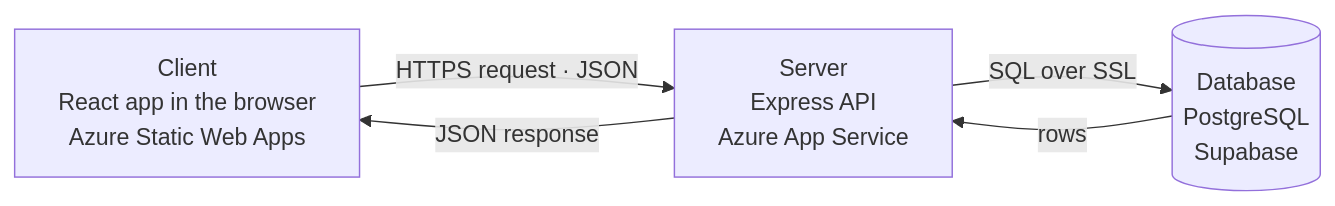
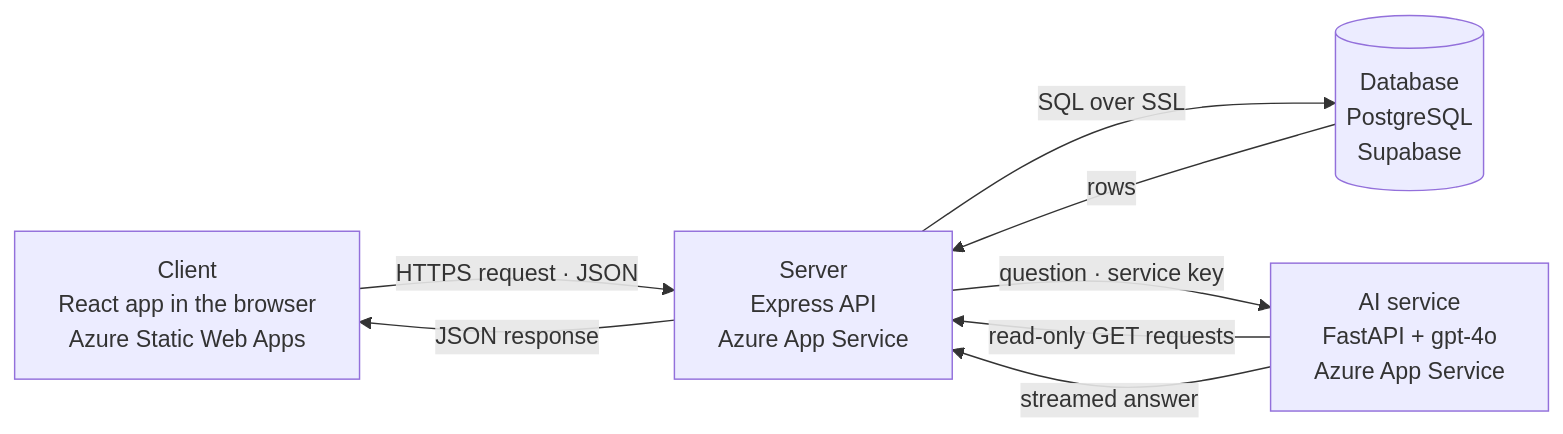
One commit to FlemingJohn/site-operation-dashboard changed the first of 3 diagrams in README.md. Above: the diagram before and after it, drawn with Mermaid. The commit also changed other lines of this file, not shown here.

Commit message:
docs: add the assets and ai service to the readme

````diff
--- a/README.md
+++ b/README.md
@@ -100,11 +112,15 @@
 ```mermaid
 flowchart LR
     C["Client<br/>React app in the browser<br/>Azure Static Web Apps"]
     S["Server<br/>Express API<br/>Azure App Service"]
     D[("Database<br/>PostgreSQL<br/>Supabase")]
+    A["AI service<br/>FastAPI + gpt-4o<br/>Azure App Service"]
 
     C -- "HTTPS request · JSON" --> S
     S -- "JSON response" --> C
     S -- "SQL over SSL" --> D
     D -- "rows" --> S
+    S -- "question · service key" --> A
+    A -- "read-only GET requests" --> S
+    A -- "streamed answer" --> S
 ```
````
